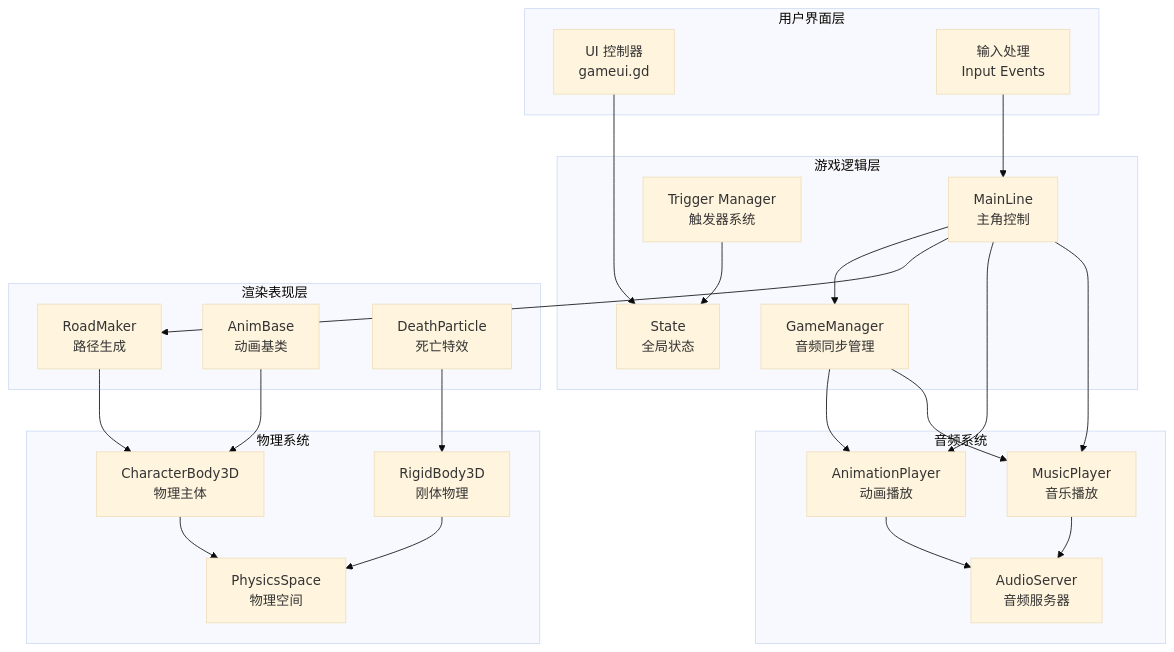
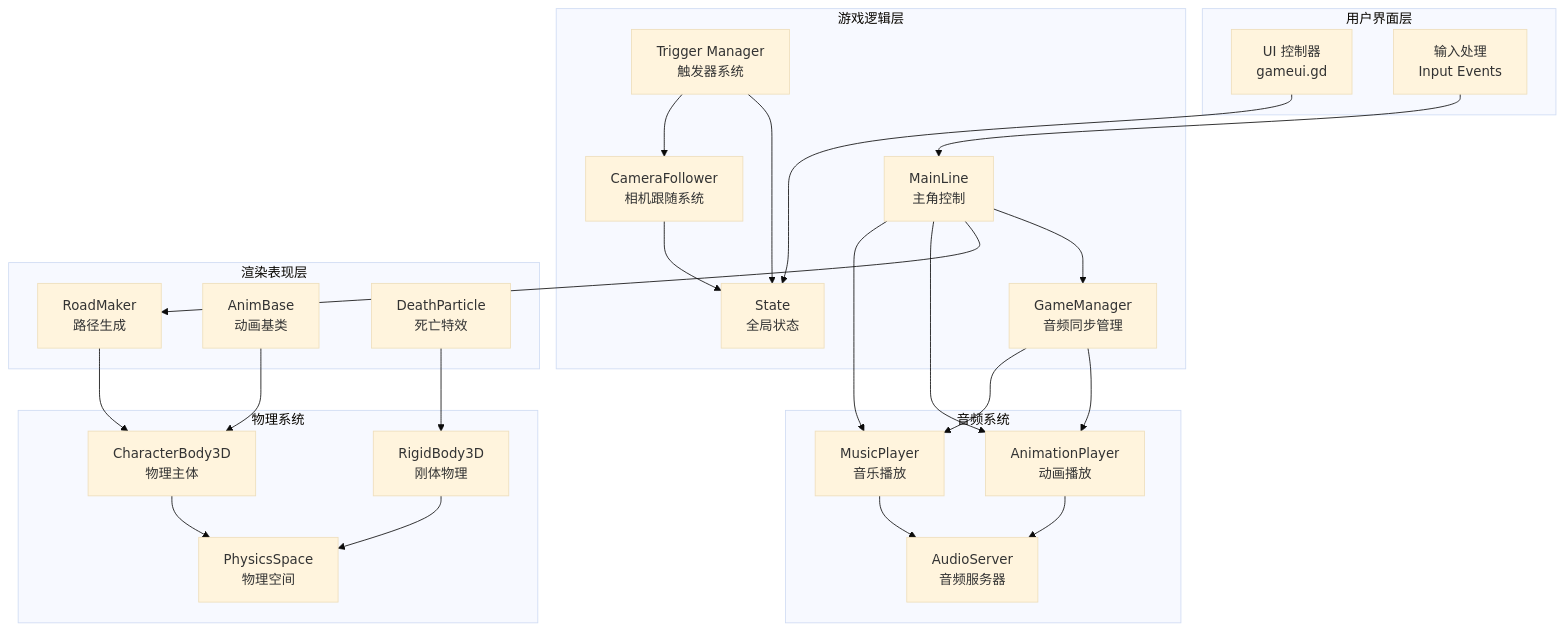
Before and after one commit to godotline/godot-line: the second of 14 diagrams in .qoder/repowiki/zh/content/API参考/核心类API/音频视觉同步系统.md, drawn with Mermaid (base theme). The commit also changed other lines of this file and 7 other files, not shown here.

````diff
--- a/.qoder/repowiki/zh/content/API参考/核心类API/音频视觉同步系统.md
+++ b/.qoder/repowiki/zh/content/API参考/核心类API/音频视觉同步系统.md
@@ -112,44 +135,47 @@
 ```mermaid
 graph TB
 subgraph "用户界面层"
 UI[UI 控制器<br/>gameui.gd]
 Input[输入处理<br/>Input Events]
 end
 subgraph "游戏逻辑层"
 GM[GameManager<br/>音频同步管理]
 ML[MainLine<br/>主角控制]
 TM[Trigger Manager<br/>触发器系统]
 ST[State<br/>全局状态]
+CF[CameraFollower<br/>相机跟随系统]
 end
 subgraph "渲染表现层"
 RM[RoadMaker<br/>路径生成]
 AN[AnimBase<br/>动画基类]
 DP[DeathParticle<br/>死亡特效]
 end
 subgraph "音频系统"
 AP[AnimationPlayer<br/>动画播放]
 MP[MusicPlayer<br/>音乐播放]
 AS[AudioServer<br/>音频服务器]
 end
 subgraph "物理系统"
 CB[CharacterBody3D<br/>物理主体]
 RB[RigidBody3D<br/>刚体物理]
 PH[PhysicsSpace<br/>物理空间]
 end
 Input --> ML
 UI --> ST
 ML --> GM
 ML --> RM
 ML --> AP
 ML --> MP
 GM --> AP
 GM --> MP
 TM --> ST
+TM --> CF
+CF --> ST
 RM --> CB
 AN --> CB
 DP --> RB
 AP --> AS
 MP --> AS
 CB --> PH
 RB --> PH
 ```
````
